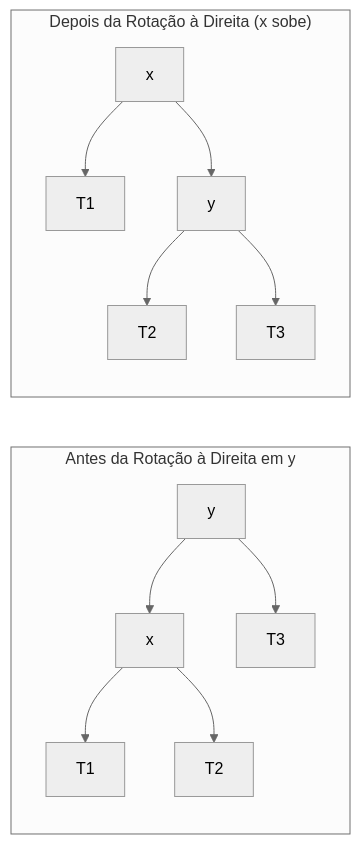
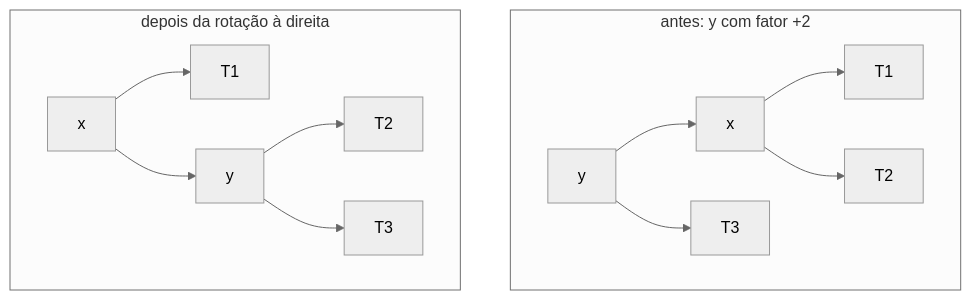
The first of 2 diagrams in content/cursos/n3-estruturas-de-dados-e-algoritmos/06-arvores-e-tabelas-hash/05-arvores-balanceadas-e-tries.lvl.md (Lip3Bazinga/v0-level-usp-project), drawn with Mermaid (neutral theme) before and after one commit. The commit also changed other lines of this file and 4 other files, not shown here.

````diff
--- a/content/cursos/n3-estruturas-de-dados-e-algoritmos/06-arvores-e-tabelas-hash/05-arvores-balanceadas-e-tries.lvl.md
+++ b/content/cursos/n3-estruturas-de-dados-e-algoritmos/06-arvores-e-tabelas-hash/05-arvores-balanceadas-e-tries.lvl.md
@@ -32,15 +32,15 @@
 ```mermaid
-flowchart LR
-    subgraph "Antes da Rotação à Direita em y"
+flowchart TD
+    subgraph antes["antes: y com fator +2"]
         Y1["y"] --> X1["x"]
         Y1 --> C1["T3"]
         X1 --> A1["T1"]
         X1 --> B1["T2"]
     end
-    subgraph "Depois da Rotação à Direita (x sobe)"
+    subgraph depois["depois da rotação à direita"]
         X2["x"] --> A2["T1"]
         X2 --> Y2["y"]
         Y2 --> B2["T2"]
         Y2 --> C2["T3"]
     end
 ```
````
